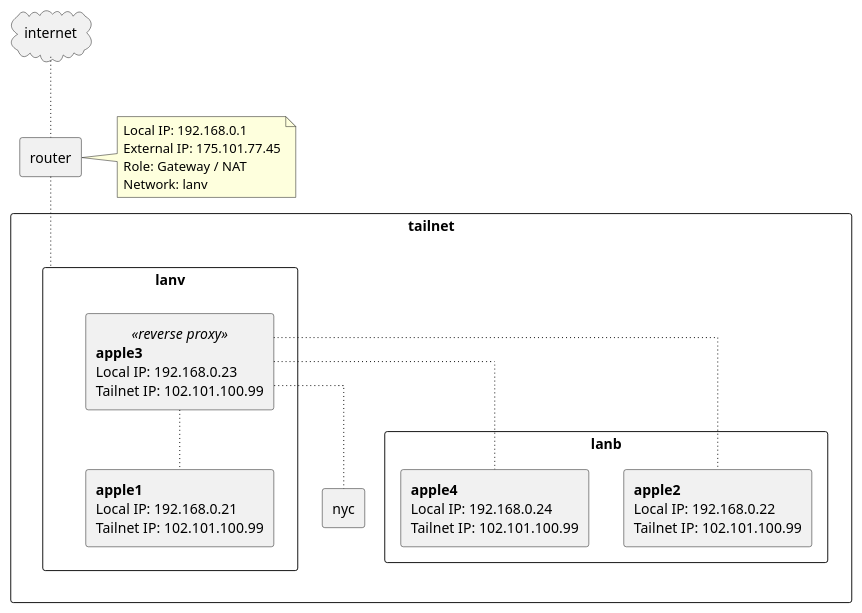
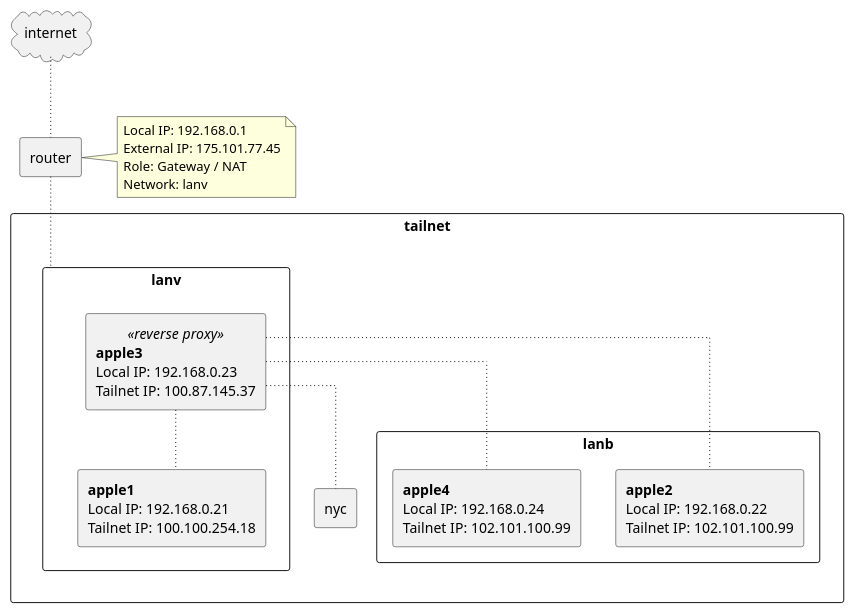
One commit to rhlpyd/rubberduck changed the diagram in posts/cloud-setup/cloud-map.puml. Above: the diagram before and after it, drawn with PlantUML. The commit also changed 1 other file, not shown here.

```diff
--- a/posts/cloud-setup/cloud-map.puml
+++ b/posts/cloud-setup/cloud-map.puml
@@ -1,37 +1,37 @@
 @startuml
 skinparam linetype ortho
 
 cloud internet
 
 rectangle router 
 
 
 rectangle tailnet {
  rectangle lanv {
-  rectangle "<b>apple1\nLocal IP: 192.168.0.21\nTailnet IP: 102.101.100.99" as apple1
-  rectangle "<b>apple3\nLocal IP: 192.168.0.23\nTailnet IP: 102.101.100.99" <<reverse proxy>> as apple3
+  rectangle "<b>apple1\nLocal IP: 192.168.0.21\nTailnet IP: 100.100.254.18" as apple1
+  rectangle "<b>apple3\nLocal IP: 192.168.0.23\nTailnet IP: 100.87.145.37" <<reverse proxy>> as apple3
  }
  
  rectangle lanb {
   rectangle "<b>apple2\nLocal IP: 192.168.0.22\nTailnet IP: 102.101.100.99" as apple2
   rectangle "<b>apple4\nLocal IP: 192.168.0.24\nTailnet IP: 102.101.100.99" as apple4
  }
 
  rectangle nyc
 }
 
 
 internet ~~ router 
 apple3 ~~ apple1
 apple3 ~~ apple2
 apple3 ~~ apple4
 apple3 ~~ nyc
 router ~~ lanv
 
 note right of router
 Local IP: 192.168.0.1
 External IP: 175.101.77.45
 Role: Gateway / NAT
 Network: lanv
 end note
 @enduml
```
